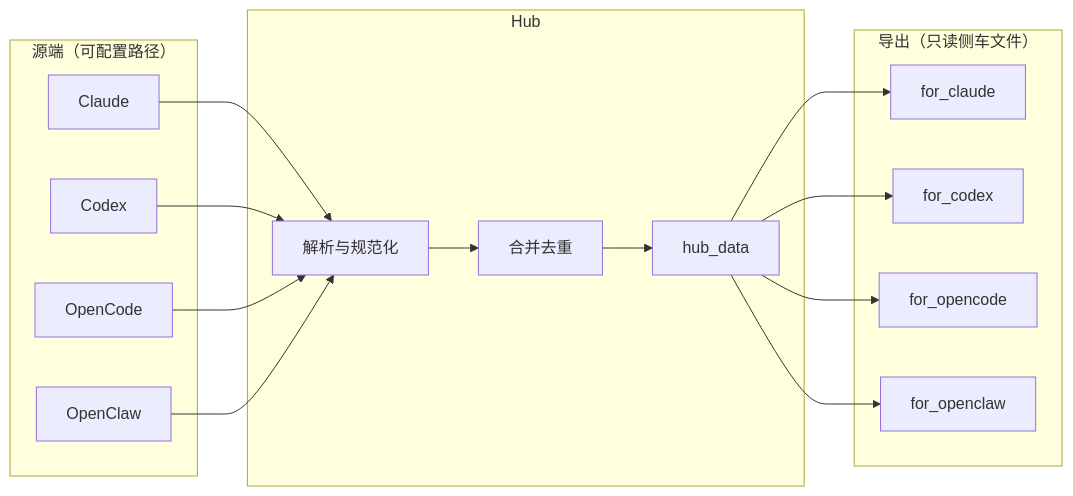
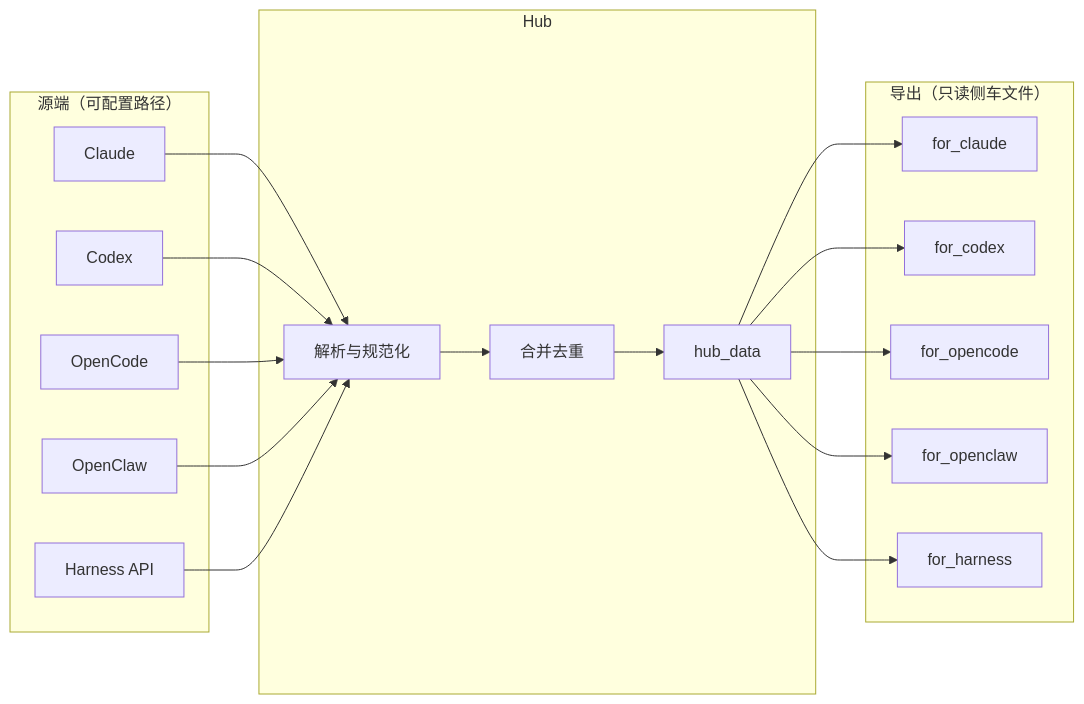
The diagram in README.md (zhanpengcarry/ai-memory-hub), drawn with Mermaid before and after one commit. The commit also changed other lines of this file and 9 other files, not shown here.

First line of the commit message:
feat: add Harness DevOps platform as API source for pipeline execution history

````diff
--- a/README.md
+++ b/README.md
@@ -37,30 +37,34 @@
 ```mermaid
 flowchart LR
   subgraph sources["源端（可配置路径）"]
     A[Claude]
     B[Codex]
     C[OpenCode]
     D[OpenClaw]
+    E2[Harness API]
   end
   subgraph hub["Hub"]
     E[解析与规范化]
     F[合并去重]
     G[hub_data]
   end
   subgraph out["导出（只读侧车文件）"]
     H[for_claude]
     I[for_codex]
     J[for_opencode]
     K[for_openclaw]
+    L[for_harness]
   end
   A --> E
   B --> E
   C --> E
   D --> E
+  E2 --> E
   E --> F
   F --> G
   G --> H
   G --> I
   G --> J
   G --> K
+  G --> L
 ```
````
